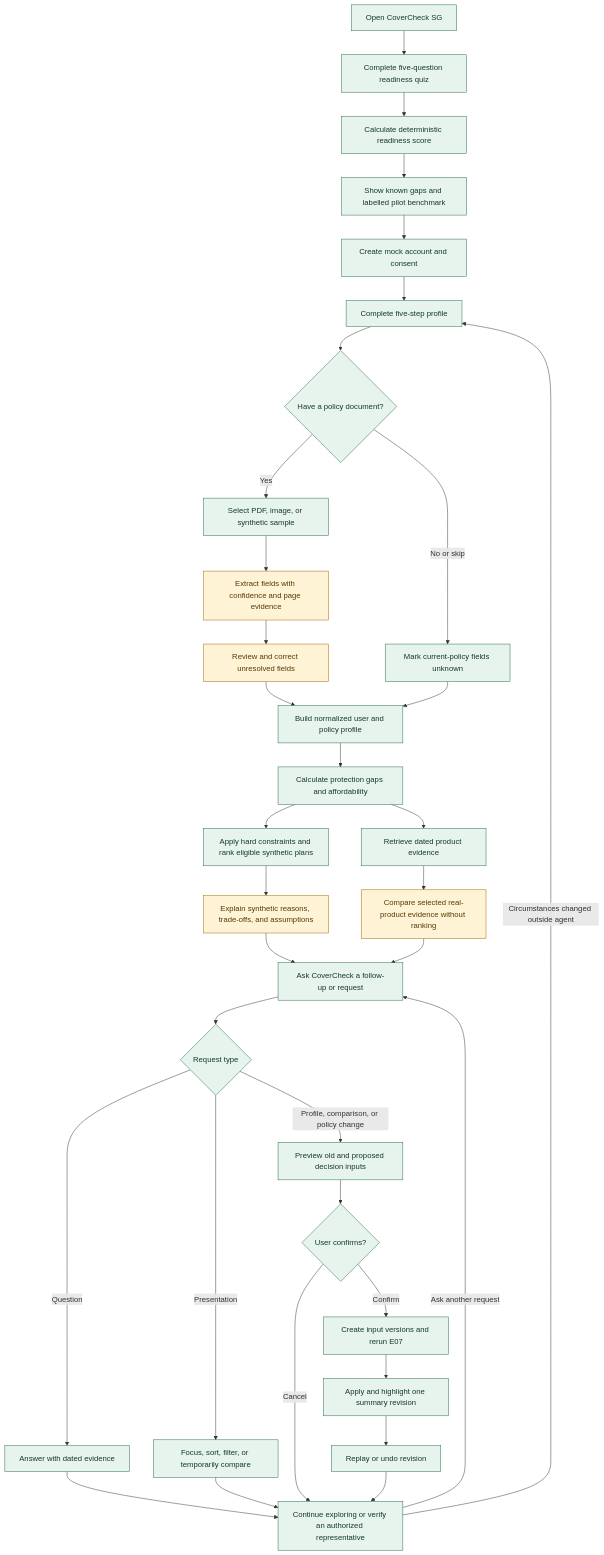
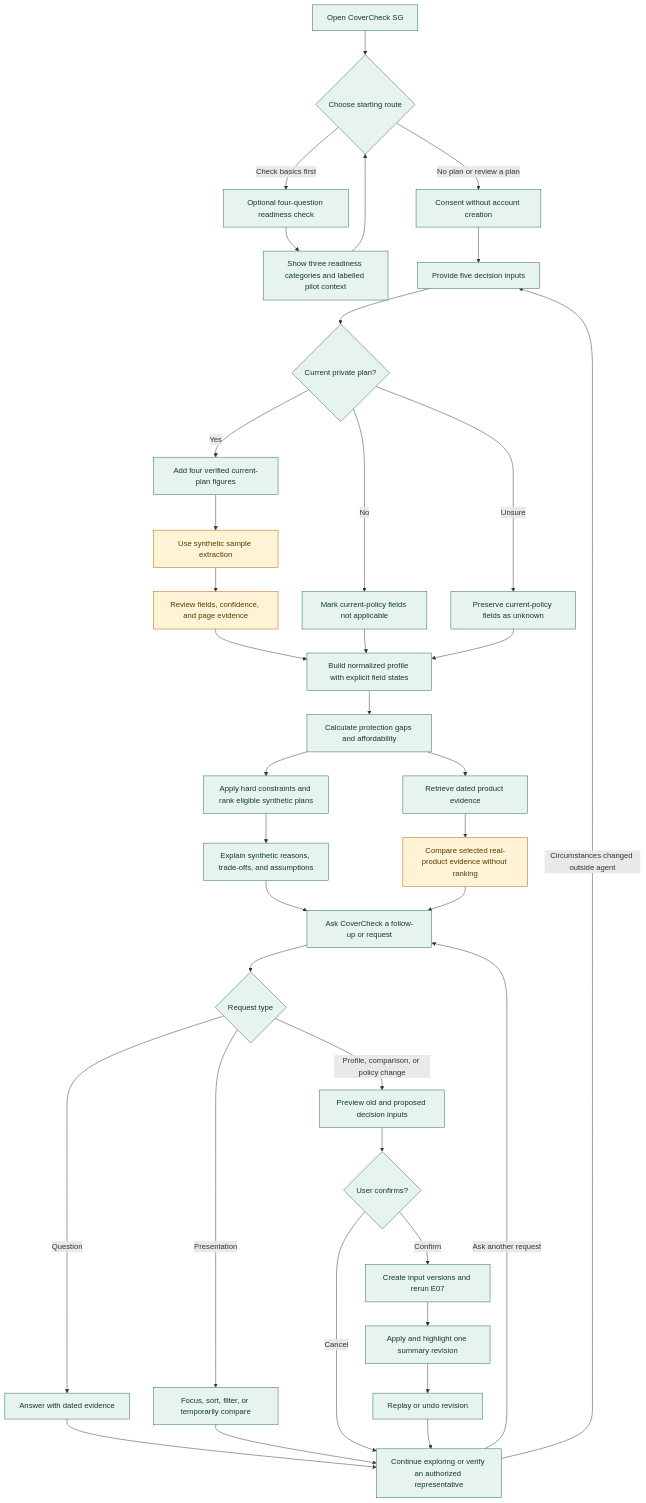
The diagram in docs/diagrams/workflow.md (dgxy2002/sn-hackathon), drawn with Mermaid before and after one commit. The commit also changed other lines of this file and 31 other files, not shown here.

````diff
--- a/docs/diagrams/workflow.md
+++ b/docs/diagrams/workflow.md
@@ -5,49 +5,52 @@
 ```mermaid
 flowchart TD
     A[Open CoverCheck SG]
-    B[Complete five-question readiness quiz]
-    C[Calculate deterministic readiness score]
-    D[Show known gaps and labelled pilot benchmark]
-    E[Create mock account and consent]
-    F[Complete five-step profile]
-    G{Have a policy document?}
-    H[Select PDF, image, or synthetic sample]
-    I[Extract fields with confidence and page evidence]
-    J[Review and correct unresolved fields]
-    K[Build normalized user and policy profile]
+    B{Choose starting route}
+    C[Optional four-question readiness check]
+    D[Show three readiness categories and labelled pilot context]
+    E[Consent without account creation]
+    F[Provide five decision inputs]
+    G{Current private plan?}
+    H[Add four verified current-plan figures]
+    I[Use synthetic sample extraction]
+    J[Review fields, confidence, and page evidence]
+    K[Build normalized profile with explicit field states]
     L[Calculate protection gaps and affordability]
     M[Retrieve dated product evidence]
     M1[Compare selected real-product evidence without ranking]
     N[Apply hard constraints and rank eligible synthetic plans]
     O[Explain synthetic reasons, trade-offs, and assumptions]
     P[Ask CoverCheck a follow-up or request]
     S{Request type}
     T[Answer with dated evidence]
     U[Focus, sort, filter, or temporarily compare]
     V[Preview old and proposed decision inputs]
     W{User confirms?}
     X[Create input versions and rerun E07]
     Y[Apply and highlight one summary revision]
     Z[Replay or undo revision]
     Q[Continue exploring or verify an authorized representative]
 
-    A --> B --> C --> D --> E --> F --> G
+    A --> B
+    B -- Check basics first --> C --> D --> B
+    B -- No plan or review a plan --> E --> F --> G
     G -- Yes --> H --> I --> J --> K
-    G -- No or skip --> R[Mark current-policy fields unknown] --> K
+    G -- No --> R[Mark current-policy fields not applicable] --> K
+    G -- Unsure --> R1[Preserve current-policy fields as unknown] --> K
     K --> L
     L --> N --> O --> P --> S
     L --> M --> M1 --> P
     S -- Question --> T --> Q
     S -- Presentation --> U --> Q
     S -- Profile, comparison, or policy change --> V --> W
     W -- Cancel --> Q
     W -- Confirm --> X --> Y --> Z --> Q
     Q -- Ask another request --> P
     Q -- Circumstances changed outside agent --> F
 
     classDef implemented fill:#e7f4ed,stroke:#246b45,color:#123b28;
     classDef simulated fill:#fff3d6,stroke:#a66500,color:#573900;
     classDef planned fill:#edf1f7,stroke:#53657d,color:#263545,stroke-dasharray: 5 4;
-    class A,B,C,D,E,F,G,H,K,L,M,N,P,Q,R,S,T,U,V,W,X,Y,Z implemented;
-    class I,J,O,M1 simulated;
+    class A,B,C,D,E,F,G,H,K,L,M,N,O,P,Q,R,R1,S,T,U,V,W,X,Y,Z implemented;
+    class I,J,M1 simulated;
 ```
````
